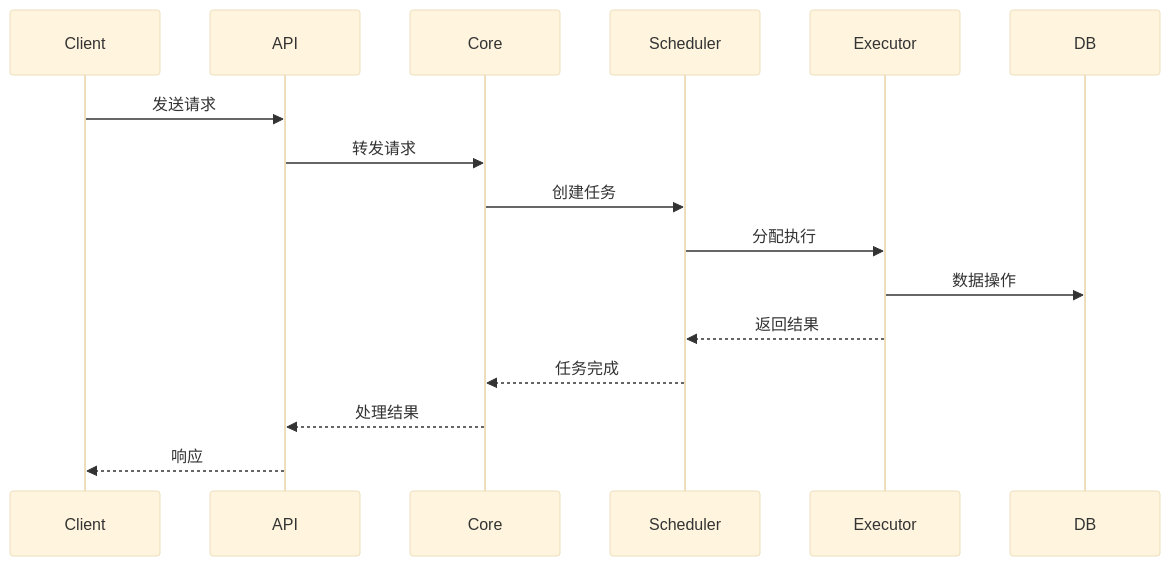
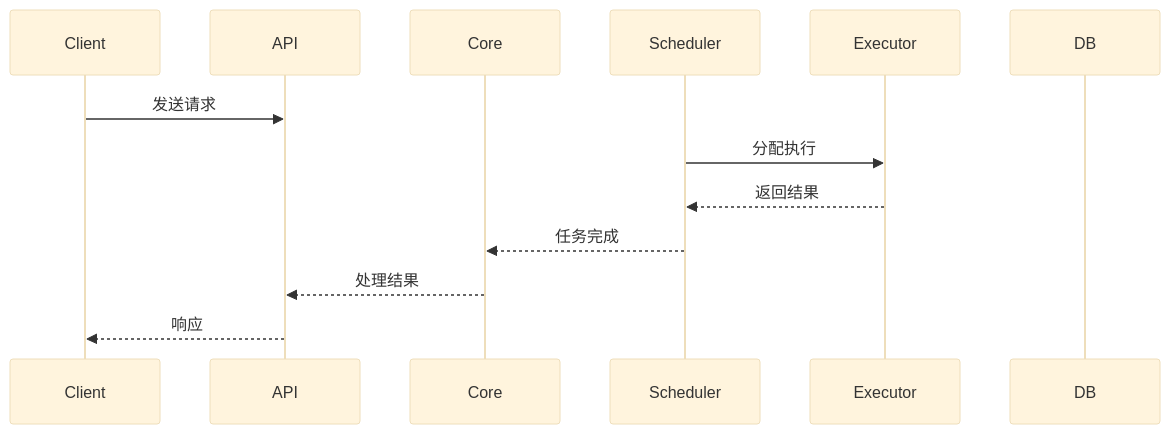
One commit to kmjade/knowledge-value changed the second of 3 diagrams in 1 Projects/02-Work/Clawdbot架构设计.md. Above: the diagram before and after it, drawn with Mermaid (base theme). The commit also changed other lines of this file and 653 other files, not shown here.

````diff
--- a/1 Projects/02-Work/Clawdbot架构设计.md
+++ b/1 Projects/02-Work/Clawdbot架构设计.md
@@ -94,19 +94,19 @@
 ```mermaid
 sequenceDiagram
     participant Client
     participant API
     participant Core
     participant Scheduler
     participant Executor
     participant DB
     
     Client->>API: 发送请求
-    API->>Core: 转发请求
-    Core->>Scheduler: 创建任务
+# 轉發
+# 創建
     Scheduler->>Executor: 分配执行
-    Executor->>DB: 数据操作
+# 數據
     Executor-->>Scheduler: 返回结果
     Scheduler-->>Core: 任务完成
     Core-->>API: 处理结果
     API-->>Client: 响应
 ```
````
